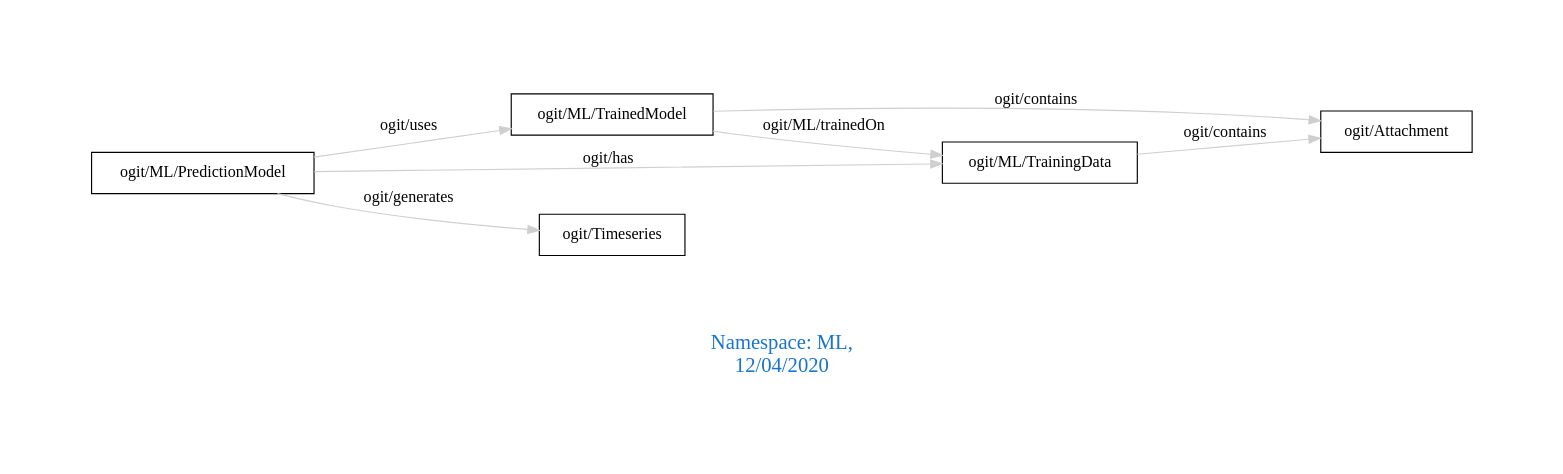
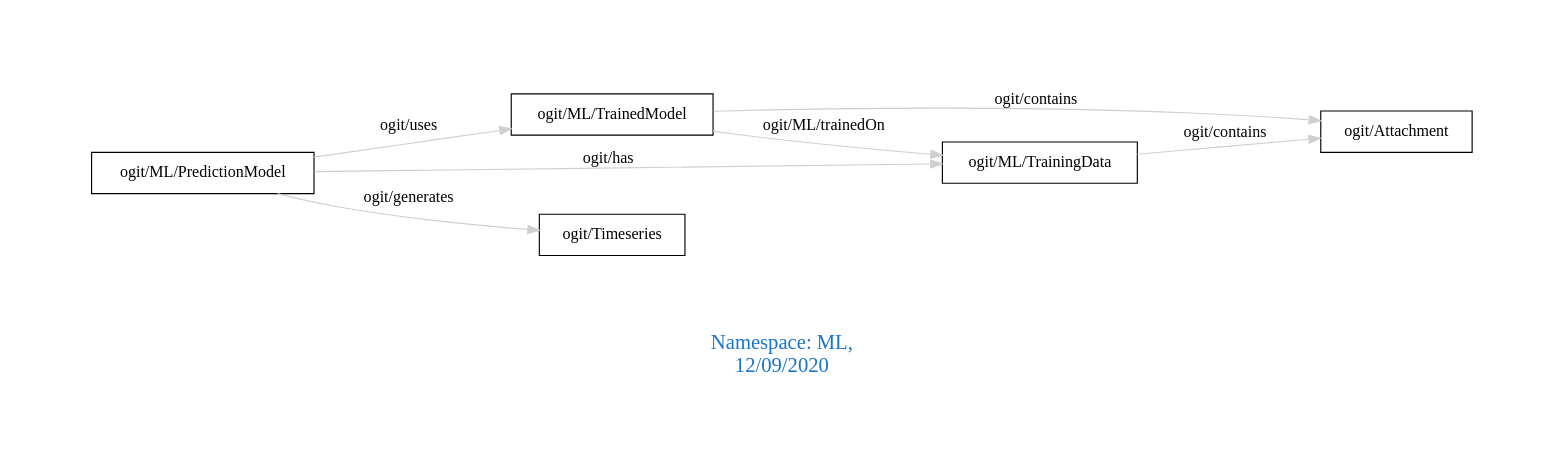
The diagram in downloads/ML.dot (arago/OGIT), drawn with Graphviz before and after one commit. The commit also changed 1822 other files, not shown here.

```diff
--- a/downloads/ML.dot
+++ b/downloads/ML.dot
@@ -1,14 +1,14 @@
 digraph OGIT_ontology {
  graph [ rankdir= LR,pad=1 
 fontsize = 18,
-fontcolor= dodgerblue3,label = "\n\n\nNamespace: ML, \n 12/04/2020"];
+fontcolor= dodgerblue3,label = "\n\n\nNamespace: ML, \n 12/09/2020"];
 node[shape=polygon];
 edge [  color="gray81"];
 
    "ogit/ML/TrainedModel" -> "ogit/Attachment" [label="   ogit/contains    "];
    "ogit/ML/TrainingData" -> "ogit/Attachment" [label="   ogit/contains    "];
    "ogit/ML/PredictionModel" -> "ogit/Timeseries" [label="   ogit/generates    "];
    "ogit/ML/TrainedModel" -> "ogit/ML/TrainingData" [label="   ogit/ML/trainedOn    "];
    "ogit/ML/PredictionModel" -> "ogit/ML/TrainedModel" [label="   ogit/uses    "];
    "ogit/ML/PredictionModel" -> "ogit/ML/TrainingData" [label="   ogit/has    "];
 }
```
